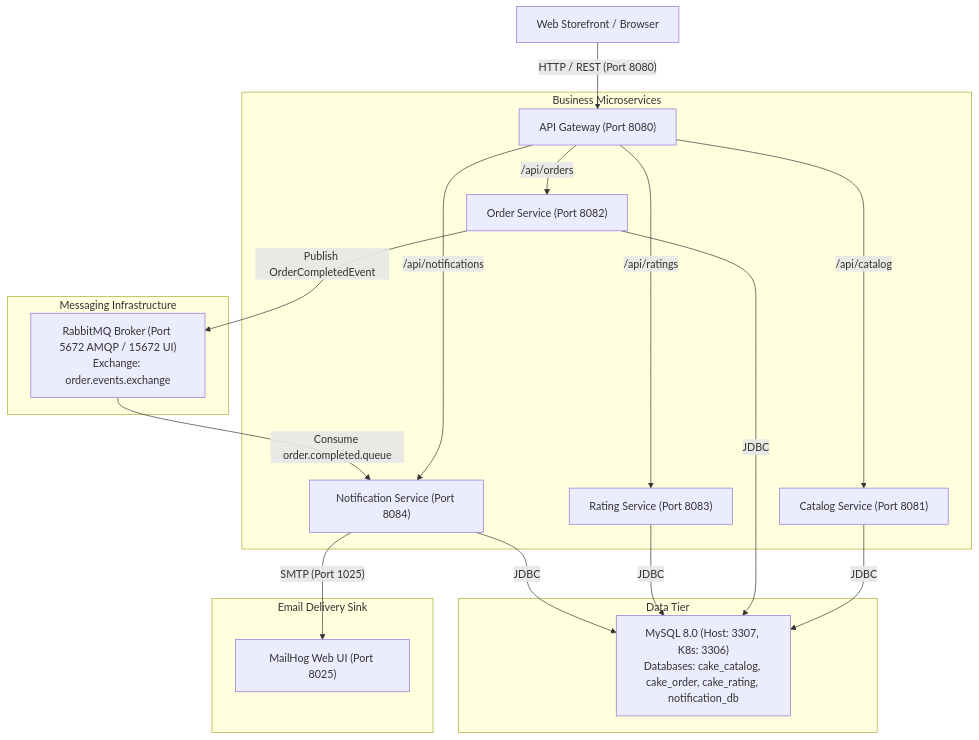
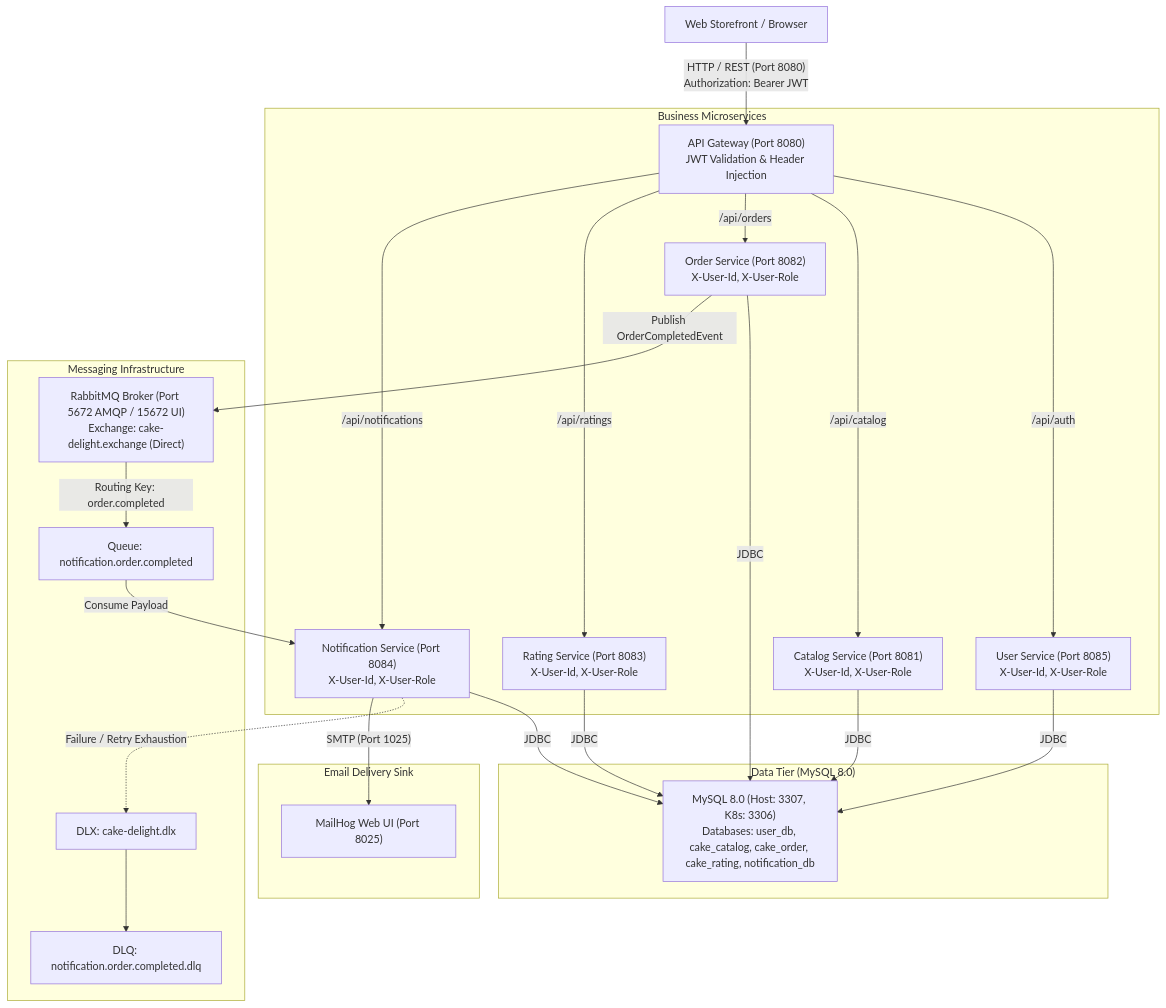
One commit to prathibha-15/Cake-Delight- changed the first of 5 diagrams in docs/architecture.md. Above: the diagram before and after it, drawn with Mermaid. The commit also changed other lines of this file and 65 other files, not shown here.

Commit message:
feat: implement user order history, JWT gateway security, and update documentation

````diff
--- a/docs/architecture.md
+++ b/docs/architecture.md
@@ -11,27 +11,32 @@
 ```mermaid
 flowchart TD
-    Client["Web Storefront / Browser"] -->|"HTTP / REST (Port 8080)"| Gateway["API Gateway (Port 8080)"]
+    Client["Web Storefront / Browser"] -->|"HTTP / REST (Port 8080)<br/>Authorization: Bearer JWT"| Gateway["API Gateway (Port 8080)<br/>JWT Validation & Header Injection"]
 
     subgraph Business_Microservices["Business Microservices"]
-        Gateway -->|"/api/catalog"| Catalog["Catalog Service (Port 8081)"]
-        Gateway -->|"/api/orders"| Order["Order Service (Port 8082)"]
-        Gateway -->|"/api/ratings"| Rating["Rating Service (Port 8083)"]
-        Gateway -->|"/api/notifications"| Notification["Notification Service (Port 8084)"]
+        Gateway -->|"/api/auth"| User["User Service (Port 8085)<br/>X-User-Id, X-User-Role"]
+        Gateway -->|"/api/catalog"| Catalog["Catalog Service (Port 8081)<br/>X-User-Id, X-User-Role"]
+        Gateway -->|"/api/orders"| Order["Order Service (Port 8082)<br/>X-User-Id, X-User-Role"]
+        Gateway -->|"/api/ratings"| Rating["Rating Service (Port 8083)<br/>X-User-Id, X-User-Role"]
+        Gateway -->|"/api/notifications"| Notification["Notification Service (Port 8084)<br/>X-User-Id, X-User-Role"]
     end
 
-    subgraph Data_Tier["Data Tier"]
-        Catalog -->|"JDBC"| MySQL["MySQL 8.0 (Host: 3307, K8s: 3306)<br/>Databases: cake_catalog, cake_order, cake_rating, notification_db"]
+    subgraph Data_Tier["Data Tier (MySQL 8.0)"]
+        User -->|"JDBC"| MySQL["MySQL 8.0 (Host: 3307, K8s: 3306)<br/>Databases: user_db, cake_catalog, cake_order, cake_rating, notification_db"]
+        Catalog -->|"JDBC"| MySQL
         Order -->|"JDBC"| MySQL
         Rating -->|"JDBC"| MySQL
         Notification -->|"JDBC"| MySQL
     end
 
     subgraph Messaging_Infrastructure["Messaging Infrastructure"]
-        Order -->|"Publish OrderCompletedEvent"| RabbitMQ["RabbitMQ Broker (Port 5672 AMQP / 15672 UI)<br/>Exchange: order.events.exchange"]
-        RabbitMQ -->|"Consume order.completed.queue"| Notification
+        Order -->|"Publish OrderCompletedEvent"| RabbitMQ["RabbitMQ Broker (Port 5672 AMQP / 15672 UI)<br/>Exchange: cake-delight.exchange (Direct)"]
+        RabbitMQ -->|"Routing Key: order.completed"| Queue["Queue: notification.order.completed"]
+        Queue -->|"Consume Payload"| Notification
+        Notification -.->|"Failure / Retry Exhaustion"| DLX["DLX: cake-delight.dlx"]
+        DLX --> DLQ["DLQ: notification.order.completed.dlq"]
     end
 
     subgraph Email_Sink["Email Delivery Sink"]
         Notification -->|"SMTP (Port 1025)"| MailHog["MailHog Web UI (Port 8025)"]
     end
 ```
````
